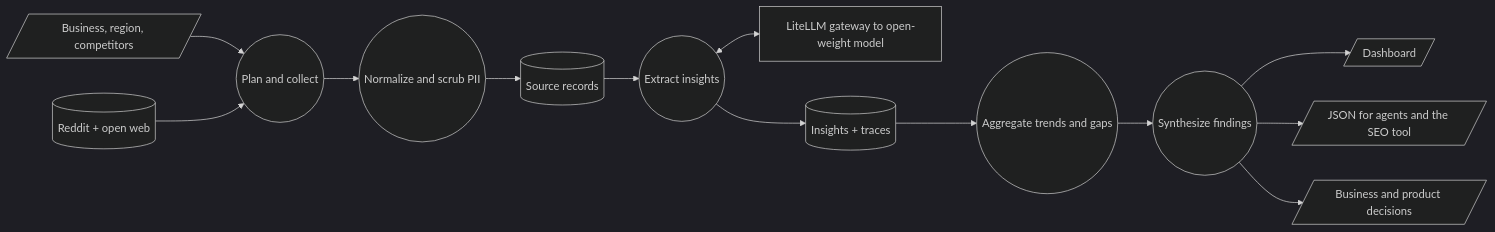
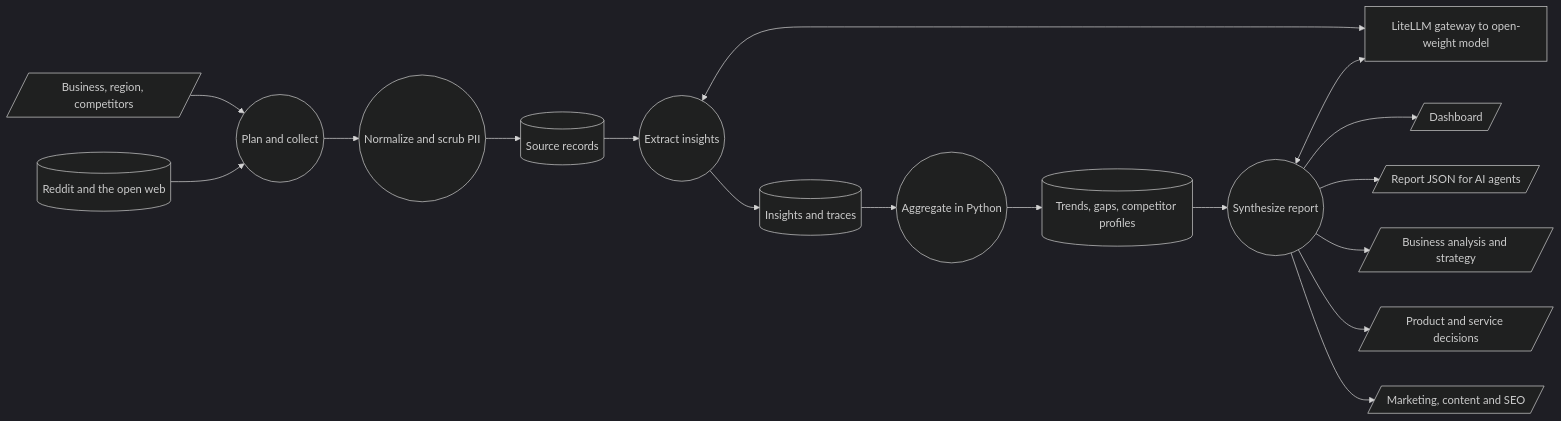
One commit to muhmdusman/hacktoberfest-local-market-pulse changed the fourth of 6 diagrams in README.md. Above: the diagram before and after it, drawn with Mermaid (dark theme). The commit also changed other lines of this file, not shown here.

````diff
--- a/README.md
+++ b/README.md
@@ -194,15 +256,19 @@
 ```mermaid
 flowchart LR
     INP[/Business, region, competitors/] --> P1((Plan and collect))
-    NET[(Reddit + open web)] --> P1
+    NET[(Reddit and the open web)] --> P1
     P1 --> P2((Normalize and scrub PII))
     P2 --> D1[(Source records)]
     D1 --> P3((Extract insights))
     P3 <--> GW[LiteLLM gateway to open-weight model]
-    P3 --> D2[(Insights + traces)]
-    D2 --> P4((Aggregate trends and gaps))
-    P4 --> P5((Synthesize findings))
+    P3 --> D2[(Insights and traces)]
+    D2 --> P4((Aggregate in Python))
+    P4 --> D3[(Trends, gaps, competitor profiles)]
+    D3 --> P5((Synthesize report))
+    P5 <--> GW
     P5 --> O1[/Dashboard/]
-    P5 --> O2[/JSON for agents and the SEO tool/]
-    P5 --> O3[/Business and product decisions/]
+    P5 --> O2[/Report JSON for AI agents/]
+    P5 --> O3[/Business analysis and strategy/]
+    P5 --> O4[/Product and service decisions/]
+    P5 --> O5[/Marketing, content and SEO/]
 ```
````
